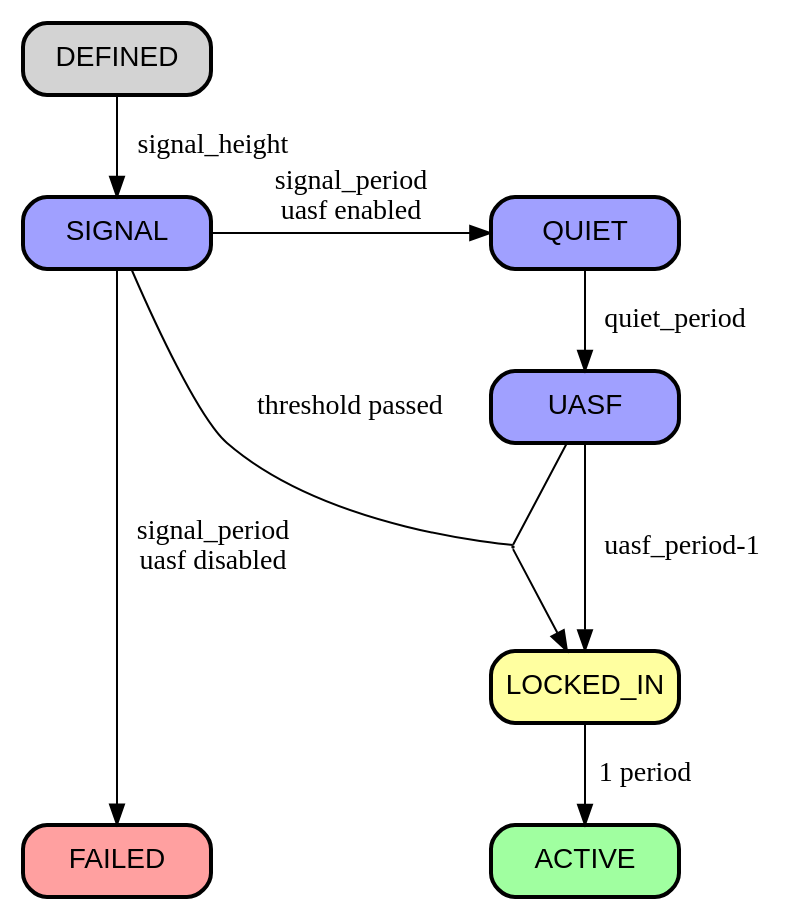
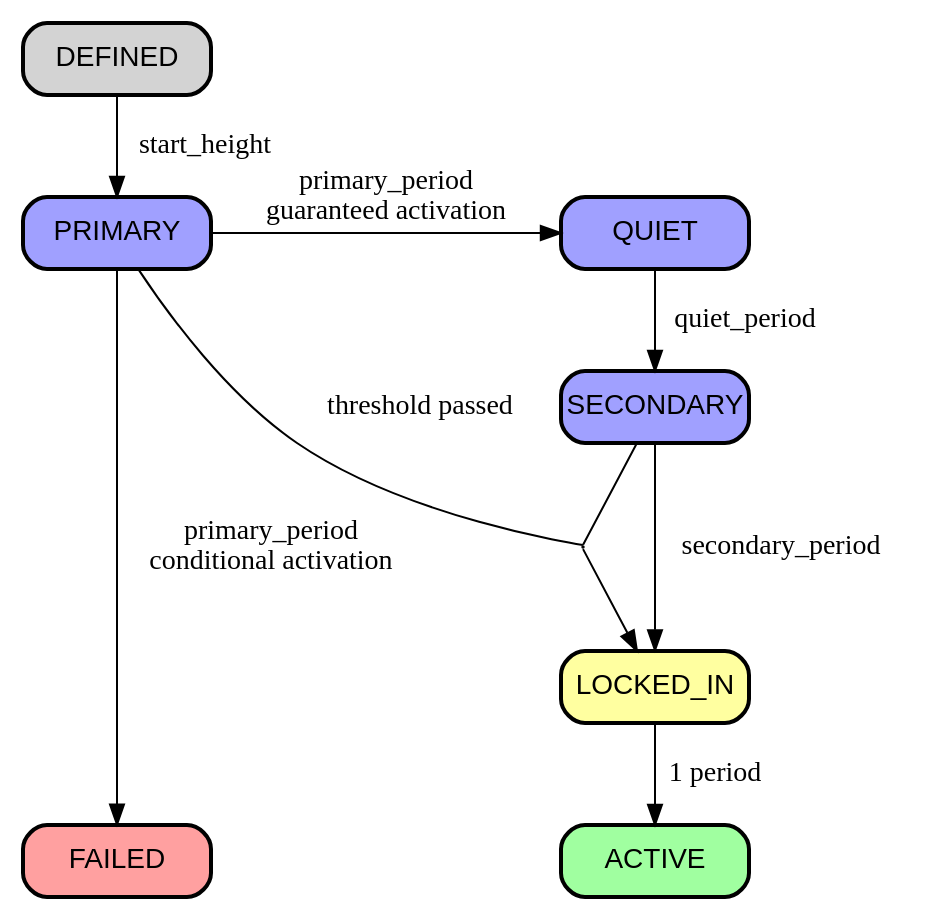
The diagram in bip-sigsf/states.dot (ajtowns/bips), drawn with Graphviz before and after one commit. The commit also changed 2 other files, not shown here.

```diff
--- a/bip-sigsf/states.dot
+++ b/bip-sigsf/states.dot
@@ -1,32 +1,32 @@
 digraph {
   rankdir=TD;
 
   node  [style="rounded,filled,bold", shape=box, fixedsize=true, width=1.3, fontname="Arial"];
 
   edge [weight = 100];
-  "DEFINED" -> "SIGNAL" [label="signal_height"];
-  "SIGNAL" -> "FAILED" [label="signal_period\nuasf disabled"];
+  "DEFINED" -> "PRIMARY" [label="start_height"];
+  "PRIMARY" -> "FAILED" [label="primary_period\nconditional activation"];
   "LOCKED_IN" -> "ACTIVE" [label="1 period"];
-  "QUIET" -> "UASF" [label="quiet_period"];
-  "UASF" -> "LOCKED_IN" [label="uasf_period-1"];
+  "QUIET" -> "SECONDARY" [label="quiet_period"];
+  "SECONDARY" -> "LOCKED_IN" [label="secondary_period"];
 
   edge [weight = 1];
-  "SIGNAL" -> "QUIET" [label="signal_period\nuasf enabled"];
+  "PRIMARY" -> "QUIET" [label="primary_period\nguaranteed activation"];
 
   thresh [shape=point,width=0.01,height=0.01];
-  "SIGNAL" -> thresh [dir=none, label="threshold passed"];
-  "UASF" -> thresh [dir=none];
+  "PRIMARY" -> thresh [dir=none, label="threshold passed"];
+  "SECONDARY" -> thresh [dir=none];
   "thresh" -> "LOCKED_IN";
 
-  "SIGNAL" [fillcolor="#a0a0ff"];
+  "PRIMARY" [fillcolor="#a0a0ff"];
   "QUIET" [fillcolor="#a0a0ff"];
-  "UASF" [fillcolor="#a0a0ff"];
+  "SECONDARY" [fillcolor="#a0a0ff"];
 
   "LOCKED_IN" [fillcolor="#ffffa0"];
   "ACTIVE" [fillcolor="#a0ffa0", shape=box];
 
   "FAILED" [fillcolor="#ffa0a0", shape=box];
 
-  { rank=same; "SIGNAL" "QUIET" }
+  { rank=same; "PRIMARY" "QUIET" }
   { rank=sink; "FAILED" "ACTIVE"; }
 }
```
